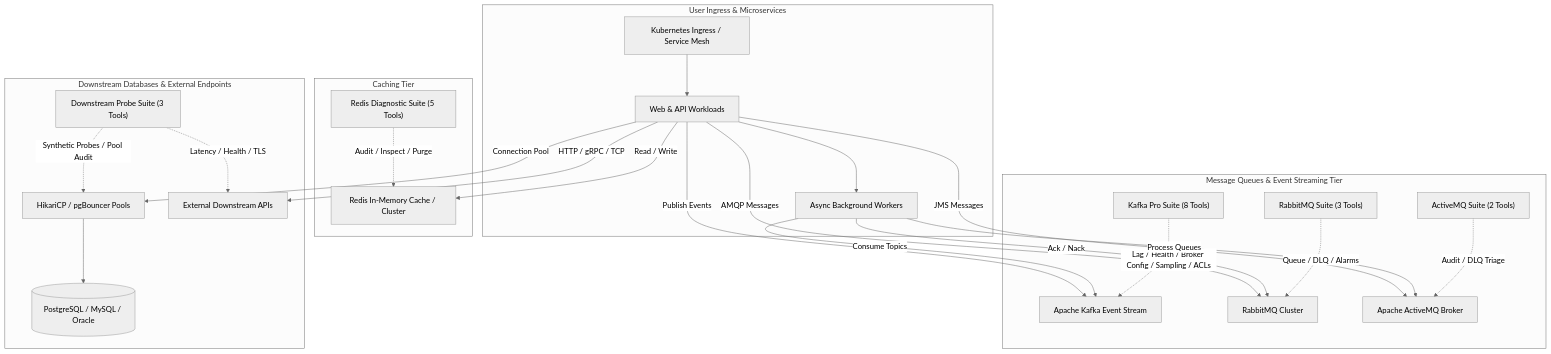
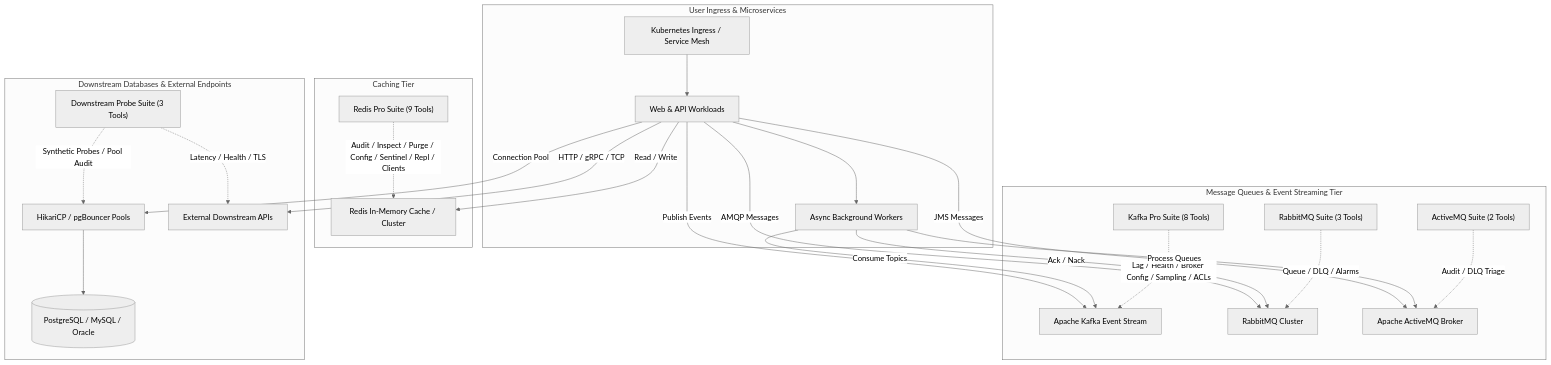
The diagram in docs/specs/30-enterprise-middleware-message-queues-and-downstream-services.md (williamsjoshua005/devops-agent), drawn with Mermaid (neutral theme) before and after one commit. The commit also changed other lines of this file and 7 other files, not shown here.

Commit message:
feat(redis): enrich Redis Pro Suite with config inspect, Sentinel quorum/failover, replication tracking, and client audit

````diff
--- a/docs/specs/30-enterprise-middleware-message-queues-and-downstream-services.md
+++ b/docs/specs/30-enterprise-middleware-message-queues-and-downstream-services.md
@@ -17,35 +17,35 @@
 ```mermaid
 flowchart TD
     subgraph Clients_and_Ingress ["User Ingress & Microservices"]
         Ingress["Kubernetes Ingress / Service Mesh"] --> WebAPI["Web & API Workloads"]
         WebAPI --> WorkerServices["Async Background Workers"]
     end
 
     subgraph Caching_Tier ["Caching Tier"]
         WebAPI -->|Read / Write| RedisCluster["Redis In-Memory Cache / Cluster"]
-        RedisTool["Redis Diagnostic Suite (5 Tools)"] -.->|Audit / Inspect / Purge| RedisCluster
+        RedisTool["Redis Pro Suite (9 Tools)"] -.->|Audit / Inspect / Purge / Config / Sentinel / Repl / Clients| RedisCluster
     end
 
     subgraph Event_and_Queue_Tier ["Message Queues & Event Streaming Tier"]
         WebAPI -->|Publish Events| KafkaBrokers["Apache Kafka Event Stream"]
         WorkerServices -->|Consume Topics| KafkaBrokers
         KafkaTool["Kafka Pro Suite (8 Tools)"] -.->|Lag / Health / Broker Config / Sampling / ACLs| KafkaBrokers
 
         WebAPI -->|AMQP Messages| RabbitBrokers["RabbitMQ Cluster"]
         WorkerServices -->|Ack / Nack| RabbitBrokers
         RabbitTool["RabbitMQ Suite (3 Tools)"] -.->|Queue / DLQ / Alarms| RabbitBrokers
 
         WebAPI -->|JMS Messages| ActiveMQBroker["Apache ActiveMQ Broker"]
         WorkerServices -->|Process Queues| ActiveMQBroker
         ActiveMQTool["ActiveMQ Suite (2 Tools)"] -.->|Audit / DLQ Triage| ActiveMQBroker
     end
 
     subgraph Downstream_Tier ["Downstream Databases & External Endpoints"]
         WebAPI -->|Connection Pool| DBPool["HikariCP / pgBouncer Pools"]
         DBPool --> RelationalDB[("PostgreSQL / MySQL / Oracle")]
         WebAPI -->|HTTP / gRPC / TCP| ExternalSvc["External Downstream APIs"]
 
         ProbeTool["Downstream Probe Suite (3 Tools)"] -.->|Synthetic Probes / Pool Audit| DBPool
         ProbeTool -.->|Latency / Health / TLS| ExternalSvc
     end
 ```
````
